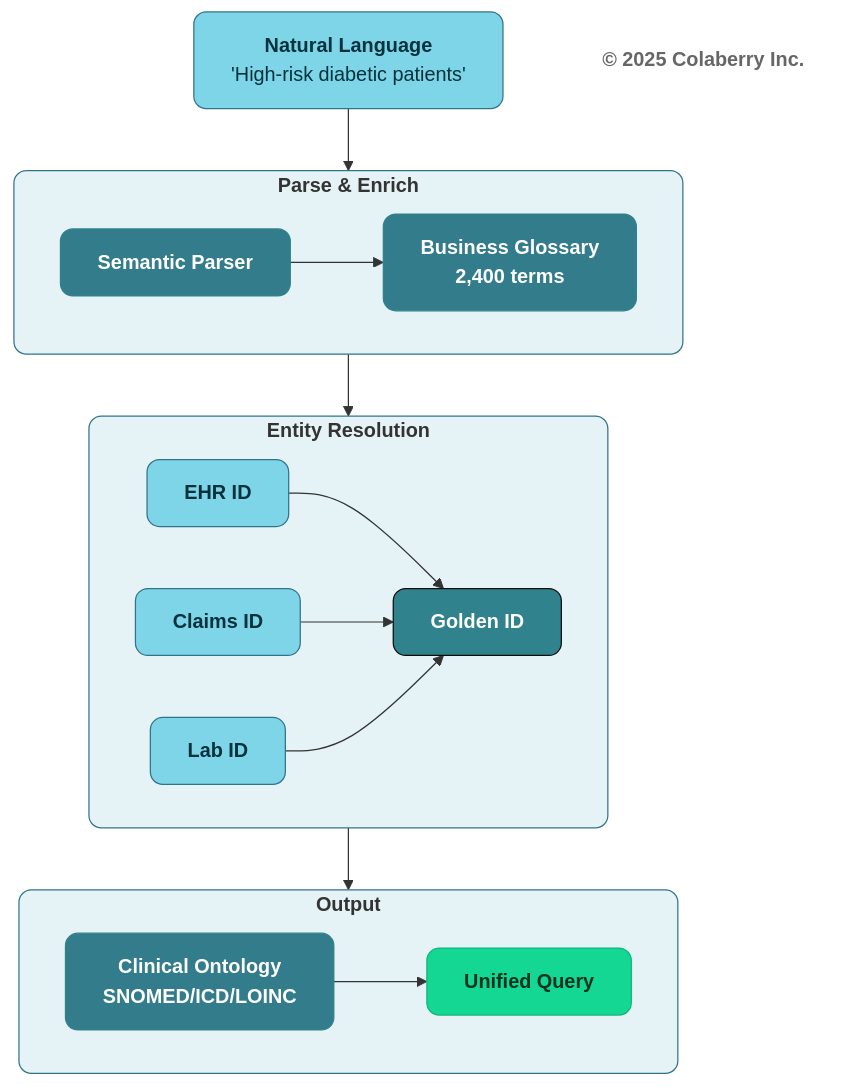
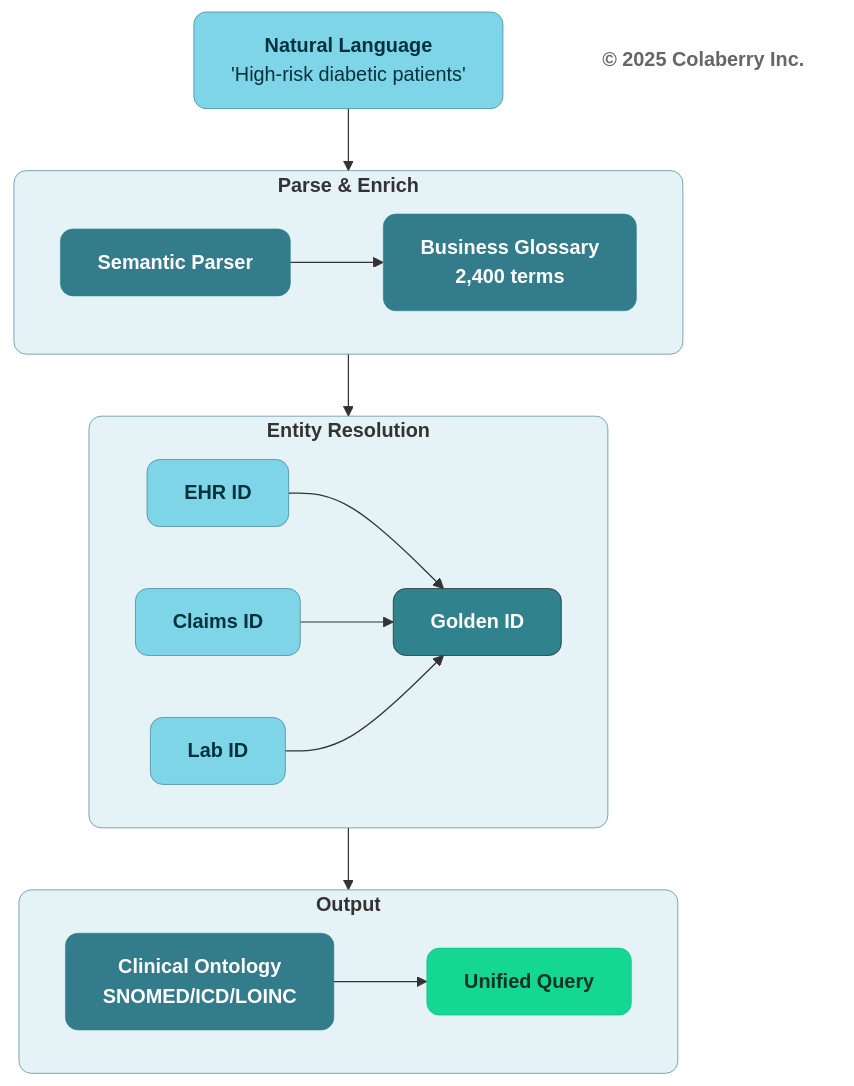
One commit to saitejesh-cyber/trust-before-intelligence-book changed the fifth of 13 diagrams in manuscript/06_chapter_5_intelligence_layers.md. Above: the diagram before and after it, drawn with Mermaid. The commit also changed other lines of this file and 12 other files, not shown here.

Commit message:
Update stroke width to 0.5px instead of 1px to all the diagrams

````diff
--- a/manuscript/06_chapter_5_intelligence_layers.md
+++ b/manuscript/06_chapter_5_intelligence_layers.md
@@ -339,45 +339,45 @@
 ```mermaid
 flowchart TB
     NL["<b>Natural Language</b><br/>'High-risk diabetic patients'"]
     
     subgraph PARSE_ROW["<b>Parse & Enrich</b>"]
         direction LR
         PARSE["<b>Semantic Parser</b>"] --> GLOSS["<b>Business Glossary</b><br/><b>2,400 terms</b>"]
     end
     
     subgraph RESOLVE_ROW["<b>Entity Resolution</b>"]
         direction LR
         E1["<b>EHR ID</b>"] --> GOLD["<b>Golden ID</b>"]
         E2["<b>Claims ID</b>"] --> GOLD
         E3["<b>Lab ID</b>"] --> GOLD
     end
     
     subgraph OUTPUT_ROW["<b>Output</b>"]
         direction LR
         ONTO["<b>Clinical Ontology</b><br/><b>SNOMED/ICD/LOINC</b>"] --> RESULT["<b>Unified Query</b>"]
     end
     
     NL --> PARSE_ROW
     PARSE_ROW --> RESOLVE_ROW
     RESOLVE_ROW --> OUTPUT_ROW
     
     Copyright["<b>© 2025 Colaberry Inc.</b>"]
     
-    style NL fill:#7FD5E8,stroke:#32738C,stroke-width:1px,color:#00323D,rx:10,ry:10
+    style NL fill:#7FD5E8,stroke:#32738C,stroke-width:0.5px,color:#00323D,rx:10,ry:10
     
-    style PARSE_ROW fill:#E6F3F6,stroke:#32738C,stroke-width:1px,rx:10,ry:10
-    style PARSE fill:#327C8C,stroke:#30838C,stroke-width:1px,color:#ffffff,rx:10,ry:10
-    style GLOSS fill:#327C8C,stroke:#30838C,stroke-width:1px,color:#ffffff,rx:10,ry:10
+    style PARSE_ROW fill:#E6F3F6,stroke:#32738C,stroke-width:0.5px,rx:10,ry:10
+    style PARSE fill:#327C8C,stroke:#30838C,stroke-width:0.5px,color:#ffffff,rx:10,ry:10
+    style GLOSS fill:#327C8C,stroke:#30838C,stroke-width:0.5px,color:#ffffff,rx:10,ry:10
     
-    style RESOLVE_ROW fill:#E6F3F6,stroke:#32738C,stroke-width:1px,rx:10,ry:10
-    style E1 fill:#7FD5E8,stroke:#32738C,stroke-width:1px,color:#00323D,rx:10,ry:10
-    style E2 fill:#7FD5E8,stroke:#32738C,stroke-width:1px,color:#00323D,rx:10,ry:10
-    style E3 fill:#7FD5E8,stroke:#32738C,stroke-width:1px,color:#00323D,rx:10,ry:10
-    style GOLD fill:#30838C,color:#ffffff,stroke:#0D0D0D,stroke-width:1px,rx:10,ry:10
+    style RESOLVE_ROW fill:#E6F3F6,stroke:#32738C,stroke-width:0.5px,rx:10,ry:10
+    style E1 fill:#7FD5E8,stroke:#32738C,stroke-width:0.5px,color:#00323D,rx:10,ry:10
+    style E2 fill:#7FD5E8,stroke:#32738C,stroke-width:0.5px,color:#00323D,rx:10,ry:10
+    style E3 fill:#7FD5E8,stroke:#32738C,stroke-width:0.5px,color:#00323D,rx:10,ry:10
+    style GOLD fill:#30838C,color:#ffffff,stroke:#0D0D0D,stroke-width:0.5px,rx:10,ry:10
     
-    style OUTPUT_ROW fill:#E6F3F6,stroke:#32738C,stroke-width:1px,rx:10,ry:10
-    style ONTO fill:#327C8C,stroke:#30838C,stroke-width:1px,color:#ffffff,rx:10,ry:10
-    style RESULT fill:#14D793,color:#003322,stroke:#0FB67D,stroke-width:1px,rx:10,ry:10
+    style OUTPUT_ROW fill:#E6F3F6,stroke:#32738C,stroke-width:0.5px,rx:10,ry:10
+    style ONTO fill:#327C8C,stroke:#30838C,stroke-width:0.5px,color:#ffffff,rx:10,ry:10
+    style RESULT fill:#14D793,color:#003322,stroke:#0FB67D,stroke-width:0.5px,rx:10,ry:10
     
     style Copyright fill:none,stroke:none,color:#666666
 ```
````
